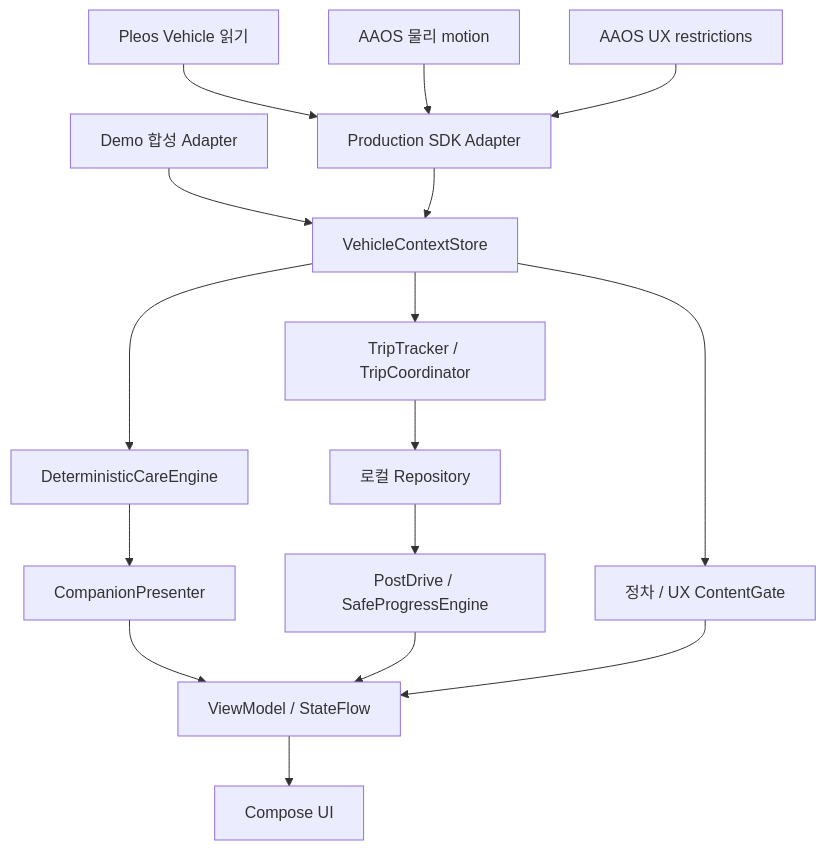
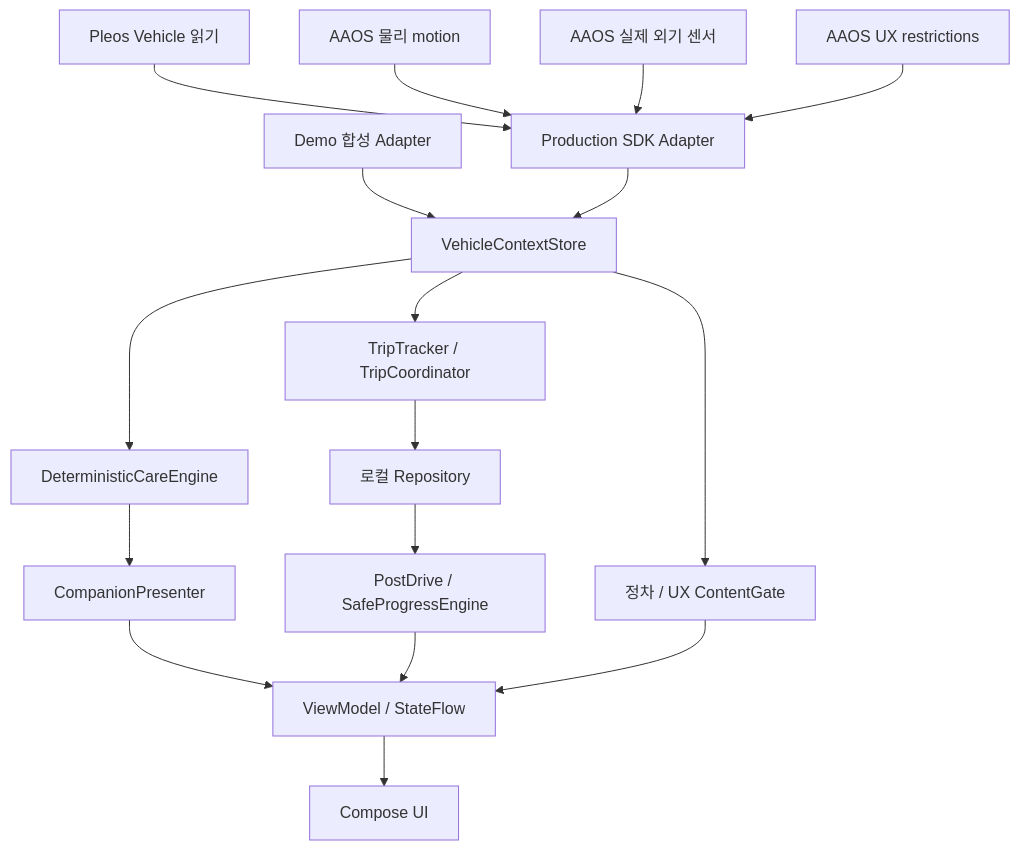
The diagram in docs/ARCHITECTURE.md (BooUP110/Rodemate), drawn with Mermaid before and after one commit. The commit also changed other lines of this file and 67 other files, not shown here.

```diff
--- a/docs/ARCHITECTURE.md
+++ b/docs/ARCHITECTURE.md
@@ -13,18 +13,19 @@
 ~~~mermaid
 flowchart TD
     V[Pleos Vehicle 읽기] --> A[Production SDK Adapter]
     M[AAOS 물리 motion] --> A
+    O[AAOS 실제 외기 센서] --> A
     U[AAOS UX restrictions] --> A
     D[Demo 합성 Adapter] --> C[VehicleContextStore]
     A --> C
     C --> E[DeterministicCareEngine]
     E --> P[CompanionPresenter]
     C --> T[TripTracker / TripCoordinator]
     T --> R[로컬 Repository]
     R --> H[PostDrive / SafeProgressEngine]
     C --> G[정차 / UX ContentGate]
     P --> VM[ViewModel / StateFlow]
     H --> VM
     G --> VM
     VM --> UI[Compose UI]
 ~~~
```
